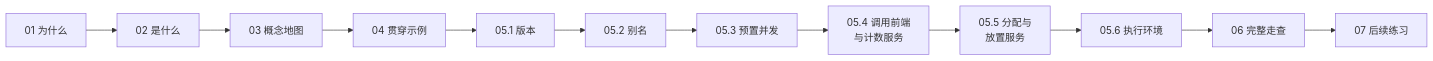
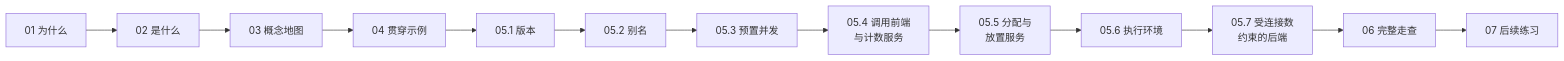
One commit to geekchow/aws-lambda-guide changed the second of 2 diagrams in aws-lambda-guide-cn/00-overview.md. Above: the diagram before and after it, drawn with Mermaid. The commit also changed other lines of this file and 16 other files, not shown here.

````diff
--- a/aws-lambda-guide-cn/00-overview.md
+++ b/aws-lambda-guide-cn/00-overview.md
@@ -97,14 +98,15 @@
 ```mermaid
 flowchart LR
     A[01 为什么] --> B[02 是什么]
     B --> C[03 概念地图]
     C --> D[04 贯穿示例]
     D --> E1[05.1 版本]
     E1 --> E2[05.2 别名]
     E2 --> E3[05.3 预置并发]
     E3 --> E4[05.4 调用前端<br/>与计数服务]
     E4 --> E5[05.5 分配与<br/>放置服务]
     E5 --> E6[05.6 执行环境]
-    E6 --> F[06 完整走查]
+    E6 --> E7[05.7 受连接数<br/>约束的后端]
+    E7 --> F[06 完整走查]
     F --> G[07 后续练习]
 ```
````
